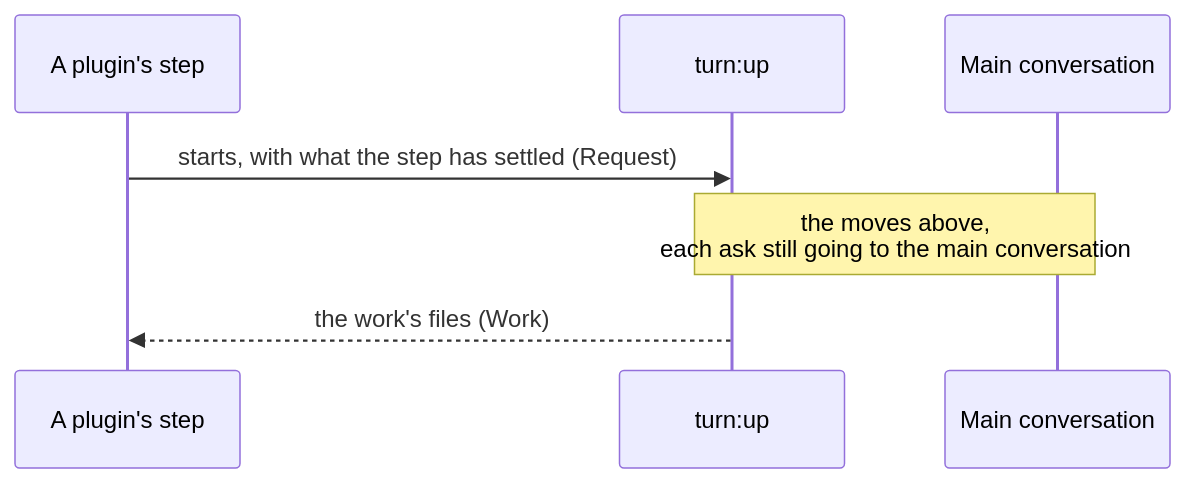
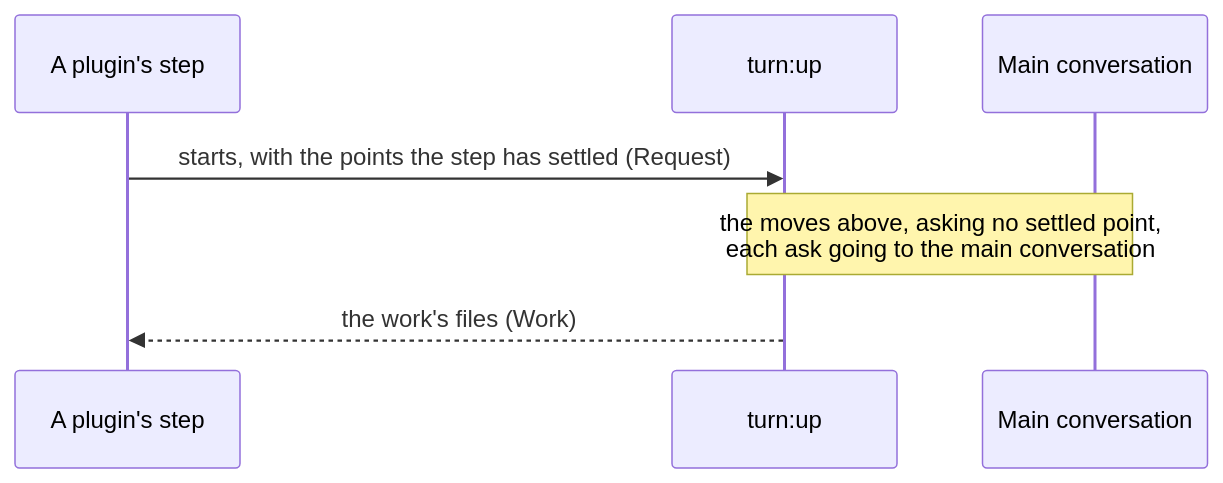
Before and after one commit to lovaizu/ccpm: the fifth of 5 diagrams in dev/turn/architecture.md, drawn with Mermaid. The commit also changed other lines of this file and 5 other files, not shown here.

First line of the commit message:
turn's architecture made again by architecture's best practice from turn-rebuild.md, the new UX and README: four roles in two phases moved by lane's flow of six positions, the run's files and data model, and each departure from the plugin architecture with its reason

````diff
--- a/dev/turn/architecture.md
+++ b/dev/turn/architecture.md
@@ -253,9 +359,9 @@
 ```mermaid
 sequenceDiagram
   participant S as A plugin's step
   participant U as turn:up
   participant M as Main conversation
-  S->>U: starts, with what the step has settled (Request)
-  Note over U,M: the moves above,<br/>each ask still going to the main conversation
+  S->>U: starts, with the points the step has settled (Request)
+  Note over U,M: the moves above, asking no settled point,<br/>each ask going to the main conversation
   U-->>S: the work's files (Work)
 ```
````
